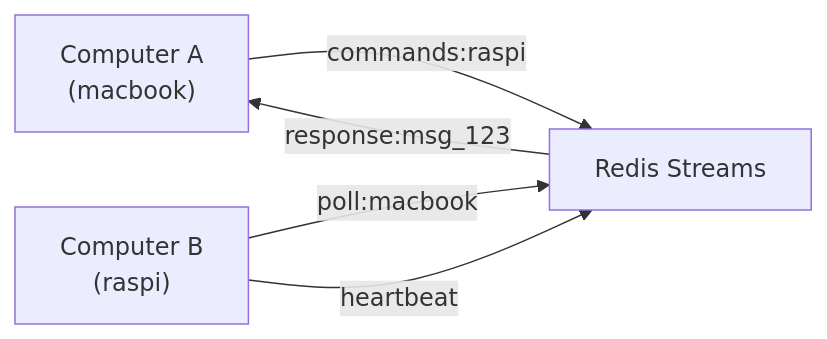
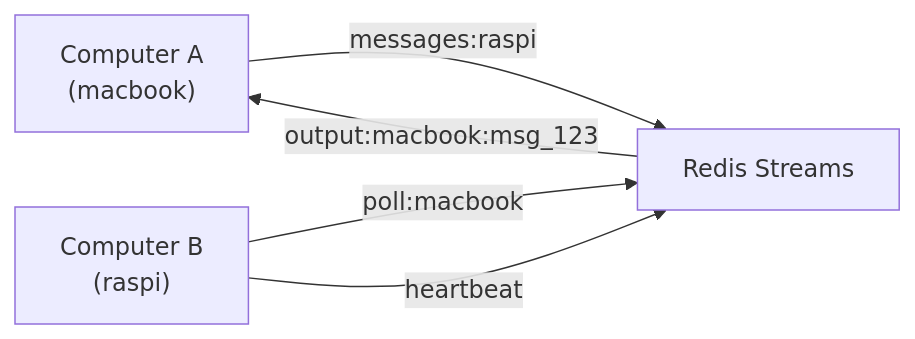
One commit to InstruktAI/TeleClaude changed the first of 3 diagrams in docs/project/design/architecture/redis-transport.md. Above: the diagram before and after it, drawn with Mermaid. The commit also changed other lines of this file and 5 other files, not shown here.

````diff
--- a/docs/project/design/architecture/redis-transport.md
+++ b/docs/project/design/architecture/redis-transport.md
@@ -21,11 +21,11 @@
 ```mermaid
 flowchart LR
     CompA["Computer A<br/>(macbook)"]
     CompB["Computer B<br/>(raspi)"]
     Redis["Redis Streams"]
 
-    CompA -->|commands:raspi| Redis
-    Redis -->|response:msg_123| CompA
+    CompA -->|messages:raspi| Redis
+    Redis -->|output:macbook:msg_123| CompA
     CompB -->|poll:macbook| Redis
     CompB -->|heartbeat| Redis
 ```
````
